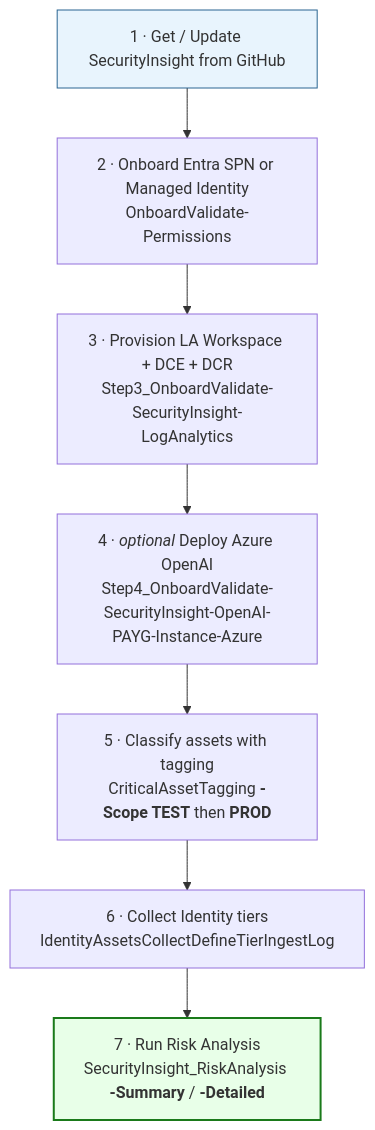
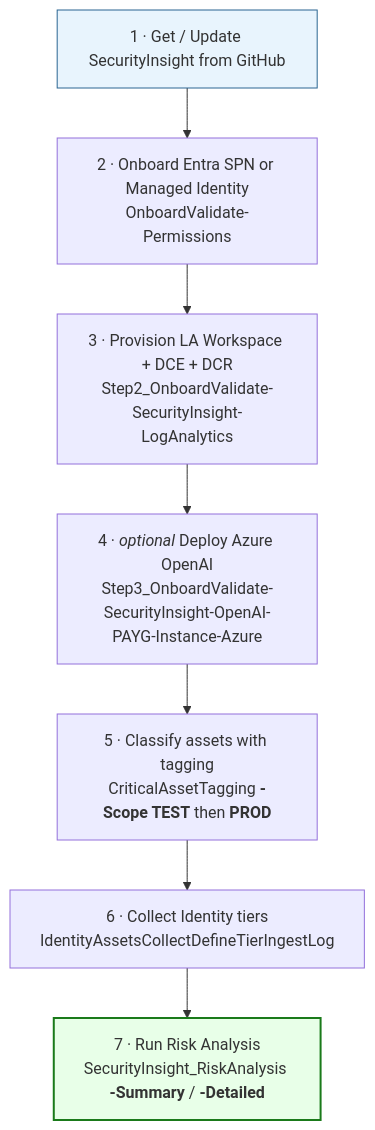
One commit to KnudsenMorten/SecurityInsight changed the third of 7 diagrams in README.md. Above: the diagram before and after it, drawn with Mermaid. The commit also changed other lines of this file and 38 other files, not shown here.

Commit message:
Publish SecurityInsight@2.1.103 from upstream monorepo

````diff
--- a/README.md
+++ b/README.md
@@ -285,11 +285,11 @@
 ```mermaid
 flowchart TD
     S1[1 · Get / Update SecurityInsight from GitHub] --> S2[2 · Onboard Entra SPN or Managed Identity<br/>OnboardValidate-Permissions]
-    S2 --> S3[3 · Provision LA Workspace + DCE + DCR<br/>Step3_OnboardValidate-SecurityInsight-LogAnalytics]
-    S3 --> S4[4 · <i>optional</i> Deploy Azure OpenAI<br/>Step4_OnboardValidate-SecurityInsight-OpenAI-PAYG-Instance-Azure]
+    S2 --> S3[3 · Provision LA Workspace + DCE + DCR<br/>Step2_OnboardValidate-SecurityInsight-LogAnalytics]
+    S3 --> S4[4 · <i>optional</i> Deploy Azure OpenAI<br/>Step3_OnboardValidate-SecurityInsight-OpenAI-PAYG-Instance-Azure]
     S4 --> S5[5 · Classify assets with tagging<br/>CriticalAssetTagging <b>-Scope TEST</b> then <b>PROD</b>]
     S5 --> S6[6 · Collect Identity tiers<br/>IdentityAssetsCollectDefineTierIngestLog]
     S6 --> S7[7 · Run Risk Analysis<br/>SecurityInsight_RiskAnalysis <b>-Summary</b> / <b>-Detailed</b>]
     style S1 fill:#e8f4fd,stroke:#2a6592
     style S7 fill:#e8ffe8,stroke:#1a7a1a,stroke-width:2px
 ```
````
